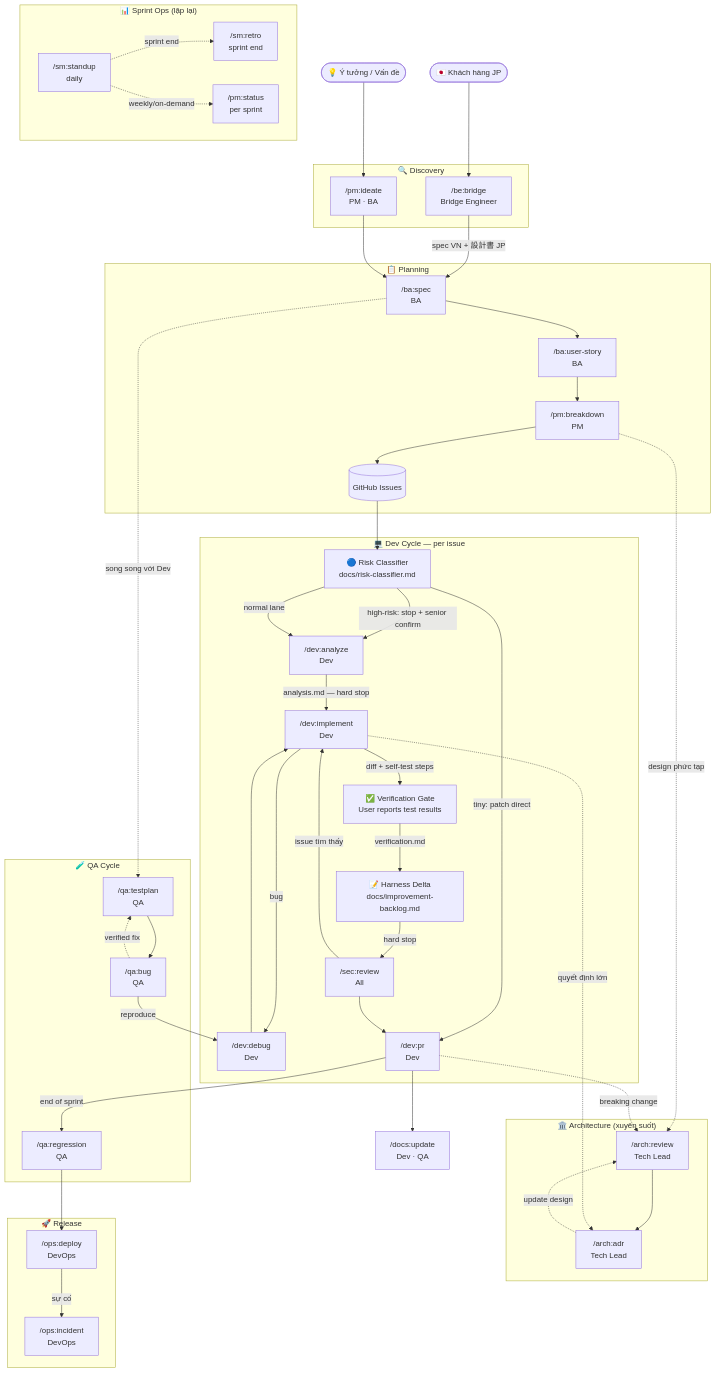
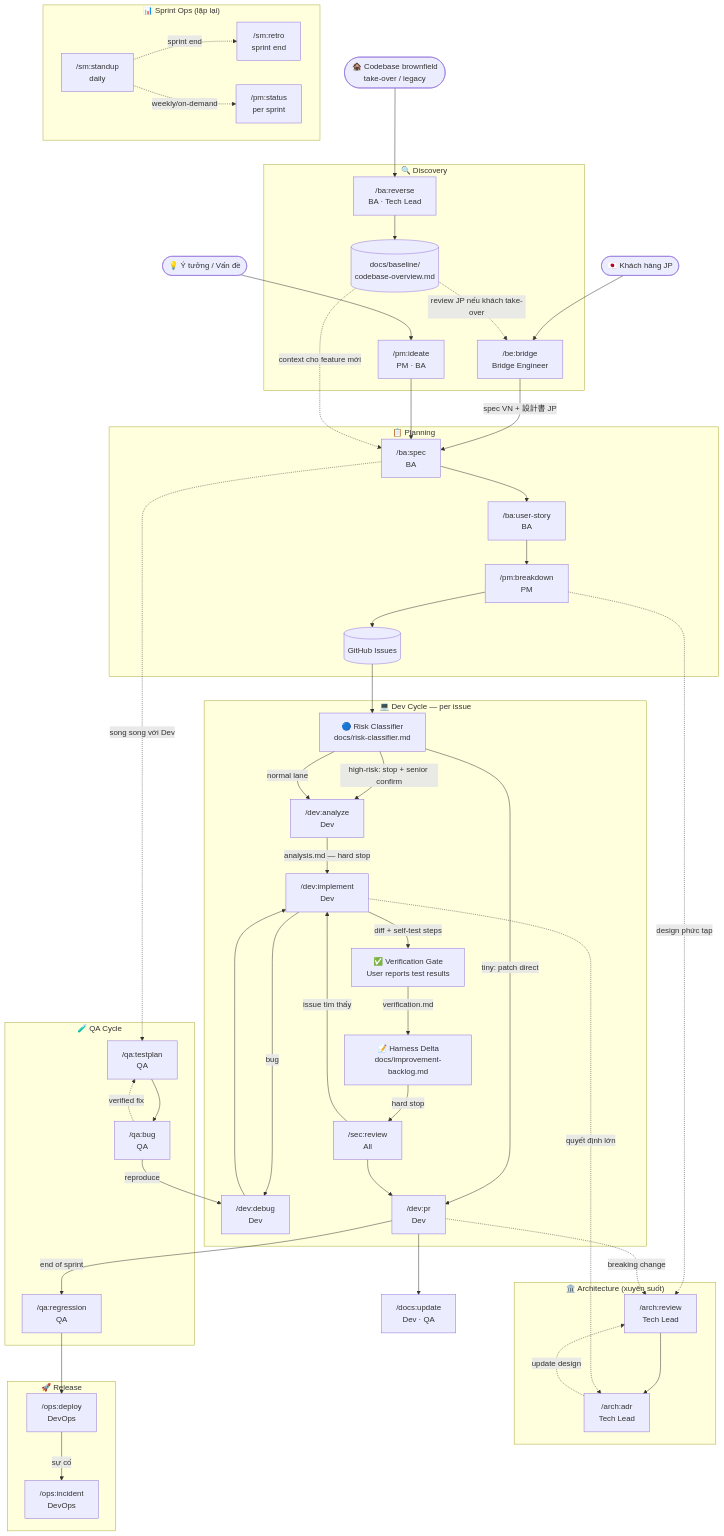
The diagram in docs/workflows/skill-flowchart.md (hiepdnh/Agentic-Development-Lifecycle), drawn with Mermaid before and after one commit. The commit also changed other lines of this file and 6 other files, not shown here.

```diff
--- a/docs/workflows/skill-flowchart.md
+++ b/docs/workflows/skill-flowchart.md
@@ -11,11 +11,14 @@
     %% ── Đầu vào ──
     JP([🇯🇵 Khách hàng JP])
     IDEA([💡 Ý tưởng / Vấn đề])
+    LEGACY([🏚️ Codebase brownfield<br/>take-over / legacy])
 
     %% ── Discovery ──
     subgraph DISC ["🔍 Discovery"]
         BRIDGE["/be:bridge\nBridge Engineer"]
         IDEATE["/pm:ideate\nPM · BA"]
+        REVERSE["/ba:reverse\nBA · Tech Lead"]
+        BASELINE[(docs/baseline/<br/>codebase-overview.md)]
     end
 
     %% ── Planning ──
@@ -74,10 +77,14 @@
     %% Entry
     JP --> BRIDGE
     IDEA --> IDEATE
+    LEGACY --> REVERSE
 
     %% Discovery → Planning
     BRIDGE -->|"spec VN + 設計書 JP"| SPEC
     IDEATE --> SPEC
+    REVERSE --> BASELINE
+    BASELINE -.->|"context cho feature mới"| SPEC
+    BASELINE -.->|"review JP nếu khách take-over"| BRIDGE
     SPEC --> STORY
     STORY --> BREAKDOWN
     BREAKDOWN --> ISSUES
```
